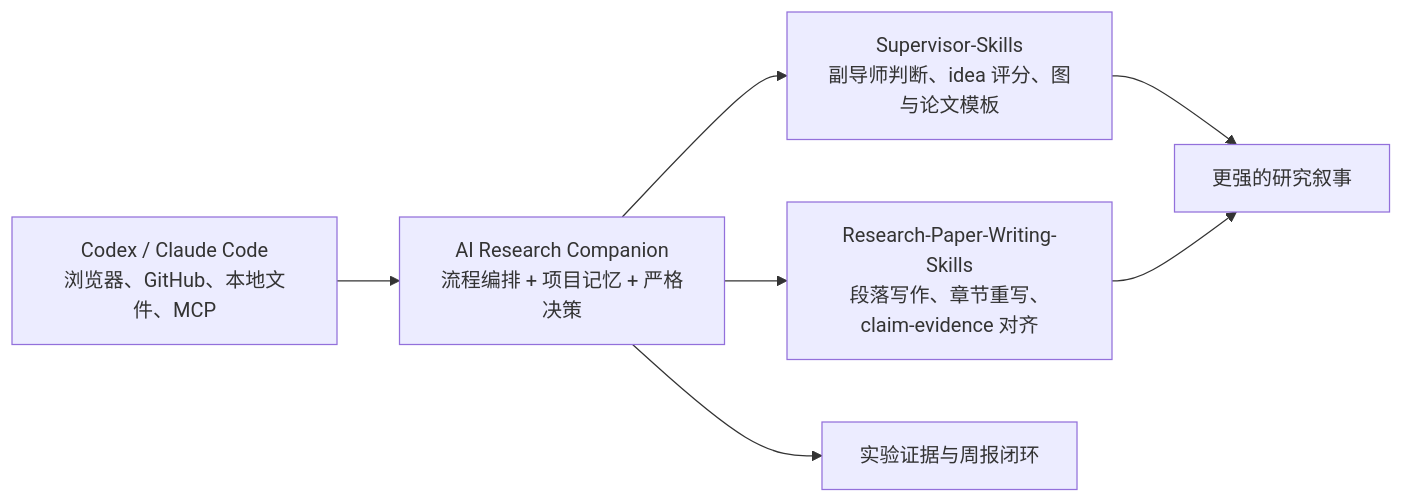
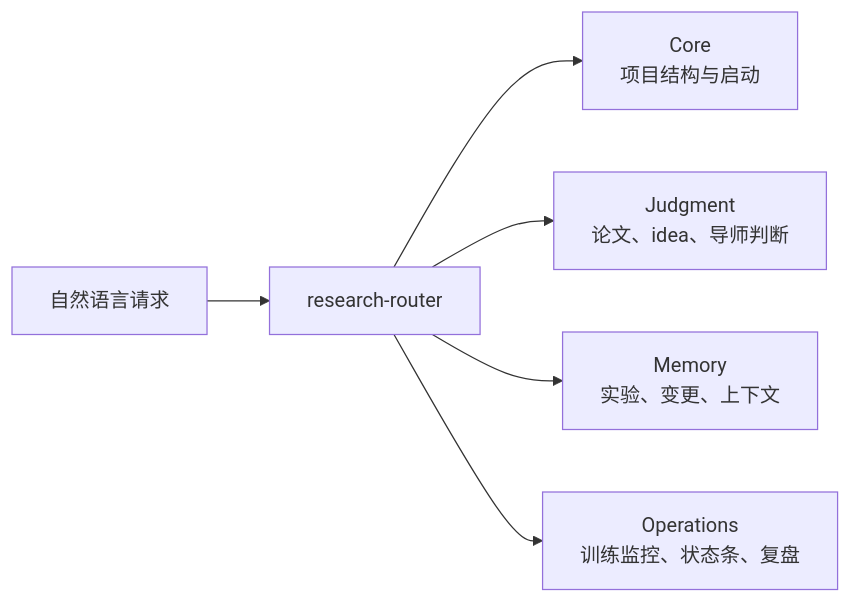
The diagram in README.md (zengleilei123/ai-research-companion-codex-plugin), drawn with Mermaid before and after one commit. The commit also changed other lines of this file and 4 other files, not shown here.

````diff
--- a/README.md
+++ b/README.md
@@ -57,9 +48,8 @@
 ```mermaid
 flowchart LR
-    Host["Codex / Claude Code<br/>浏览器、GitHub、本地文件、MCP"] --> ARC["AI Research Companion<br/>流程编排 + 项目记忆 + 严格决策"]
-    ARC --> SS["Supervisor-Skills<br/>副导师判断、idea 评分、图与论文模板"]
-    ARC --> RPW["Research-Paper-Writing-Skills<br/>段落写作、章节重写、claim-evidence 对齐"]
-    SS --> Paper["更强的研究叙事"]
-    RPW --> Paper
-    ARC --> Evidence["实验证据与周报闭环"]
+    U["自然语言请求"] --> R["research-router"]
+    R --> C["Core<br/>项目结构与启动"]
+    R --> J["Judgment<br/>论文、idea、导师判断"]
+    R --> M["Memory<br/>实验、变更、上下文"]
+    R --> O["Operations<br/>训练监控、状态条、复盘"]
 ```
````
